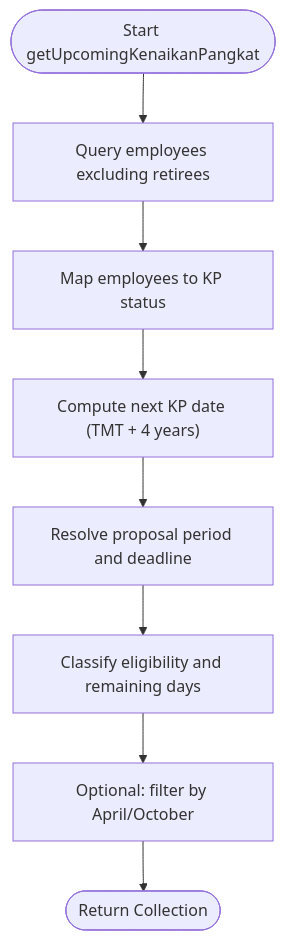
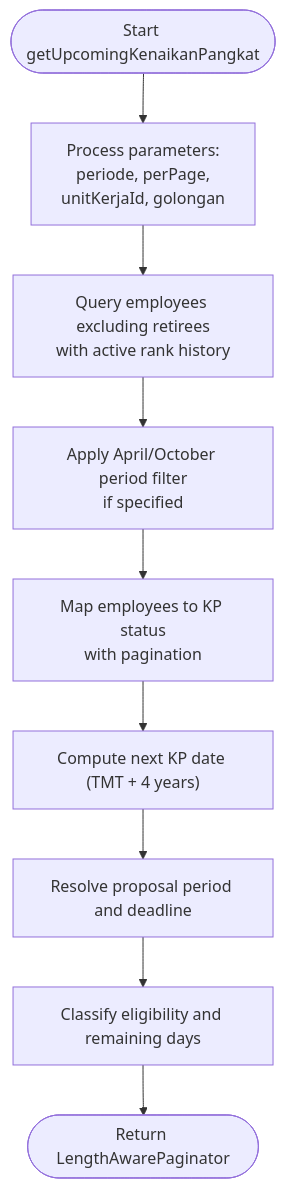
Before and after one commit to PA-Penajam/kepegawaian_apps: the fourth of 7 diagrams in .qoder/repowiki/en/content/Monitoring and Analytics System/Monitoring and Analytics System.md, drawn with Mermaid. The commit also changed other lines of this file and 22 other files, not shown here.

````diff
--- a/.qoder/repowiki/en/content/Monitoring and Analytics System/Monitoring and Analytics System.md
+++ b/.qoder/repowiki/en/content/Monitoring and Analytics System/Monitoring and Analytics System.md
@@ -190,10 +246,11 @@
 ```mermaid
 flowchart TD
-Start(["Start getUpcomingKenaikanPangkat"]) --> Query["Query employees excluding retirees"]
-Query --> Map["Map employees to KP status"]
+Start(["Start getUpcomingKenaikanPangkat"]) --> Params["Process parameters:<br/>periode, perPage,<br/>unitKerjaId, golongan"]
+Params --> Query["Query employees excluding retirees<br/>with active rank history"]
+Query --> Filter["Apply April/October period filter<br/>if specified"]
+Filter --> Map["Map employees to KP status<br/>with pagination"]
 Map --> Calc["Compute next KP date (TMT + 4 years)"]
 Calc --> Period["Resolve proposal period and deadline"]
 Period --> Eligible["Classify eligibility and remaining days"]
-Eligible --> Filter["Optional: filter by April/October"]
-Filter --> End(["Return Collection"])
+Eligible --> End(["Return LengthAwarePaginator"])
 ```
````
